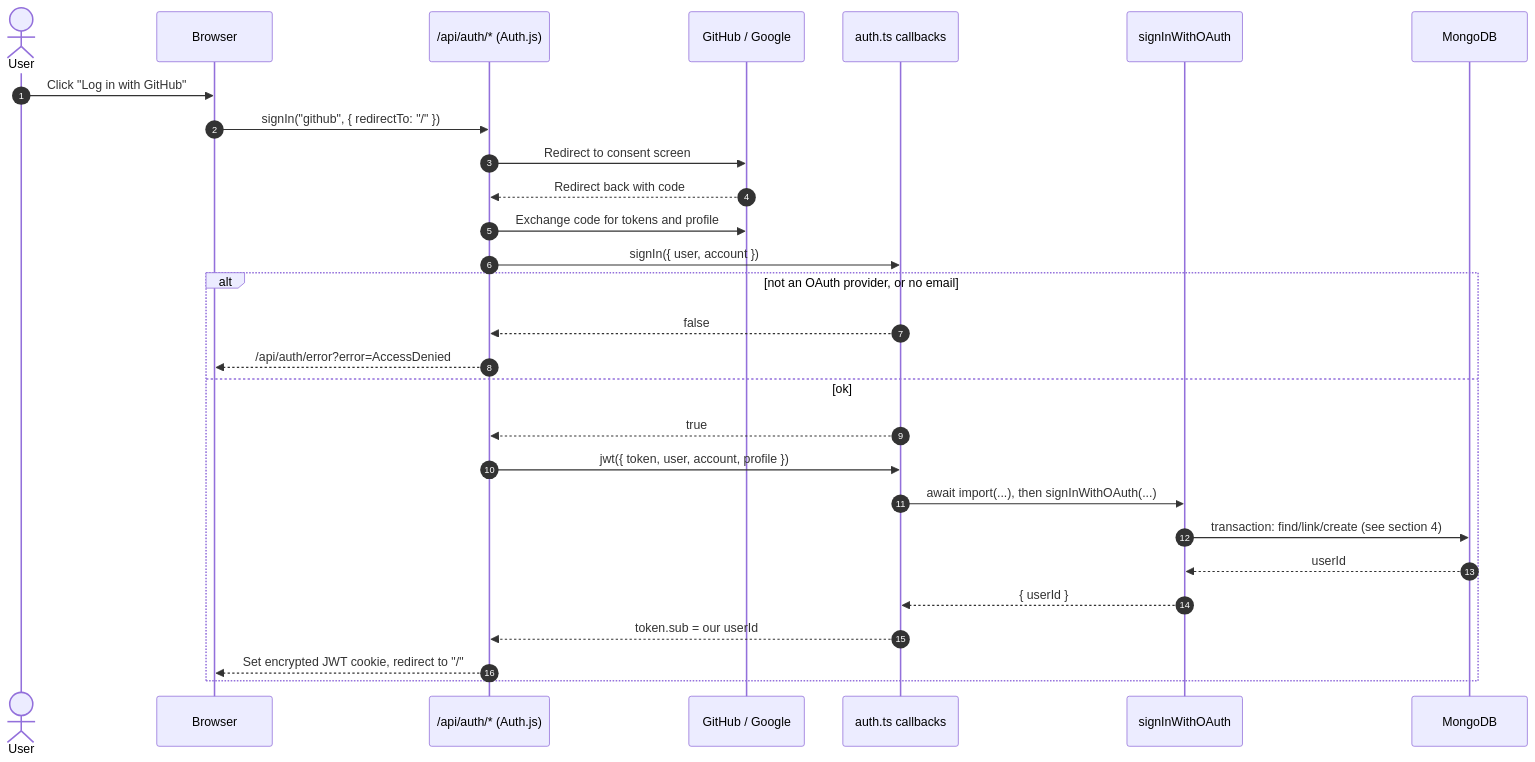
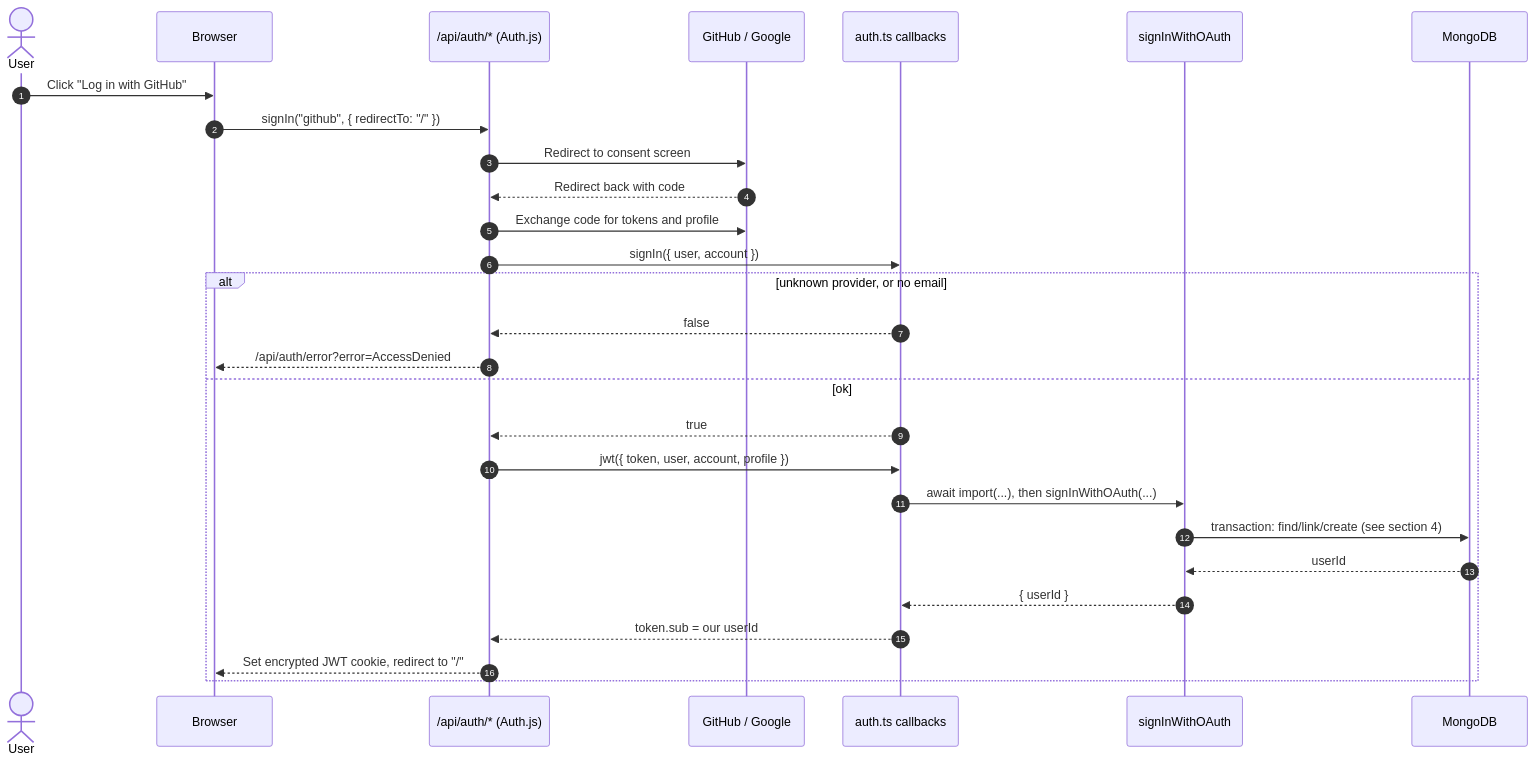
Before and after one commit to firihy/dev-over-flow: the third of 8 diagrams in docs/AUTH.md, drawn with Mermaid. The commit also changed other lines of this file, not shown here.

Commit message:
docs: document email/password sign-up and sign-in

````diff
--- a/docs/AUTH.md
+++ b/docs/AUTH.md
@@ -108,31 +131,31 @@
 ```mermaid
 sequenceDiagram
   autonumber
   actor U as User
   participant B as Browser
   participant NA as /api/auth/* (Auth.js)
   participant P as GitHub / Google
   participant CB as auth.ts callbacks
   participant S as signInWithOAuth
   participant DB as MongoDB
 
   U->>B: Click "Log in with GitHub"
   B->>NA: signIn("github", { redirectTo: "/" })
   NA->>P: Redirect to consent screen
   P-->>NA: Redirect back with code
   NA->>P: Exchange code for tokens and profile
   NA->>CB: signIn({ user, account })
-  alt not an OAuth provider, or no email
+  alt unknown provider, or no email
     CB-->>NA: false
     NA-->>B: /api/auth/error?error=AccessDenied
   else ok
     CB-->>NA: true
     NA->>CB: jwt({ token, user, account, profile })
     CB->>S: await import(...), then signInWithOAuth(...)
     S->>DB: transaction: find/link/create (see section 4)
     DB-->>S: userId
     S-->>CB: { userId }
     CB-->>NA: token.sub = our userId
     NA-->>B: Set encrypted JWT cookie, redirect to "/"
   end
 ```
````
